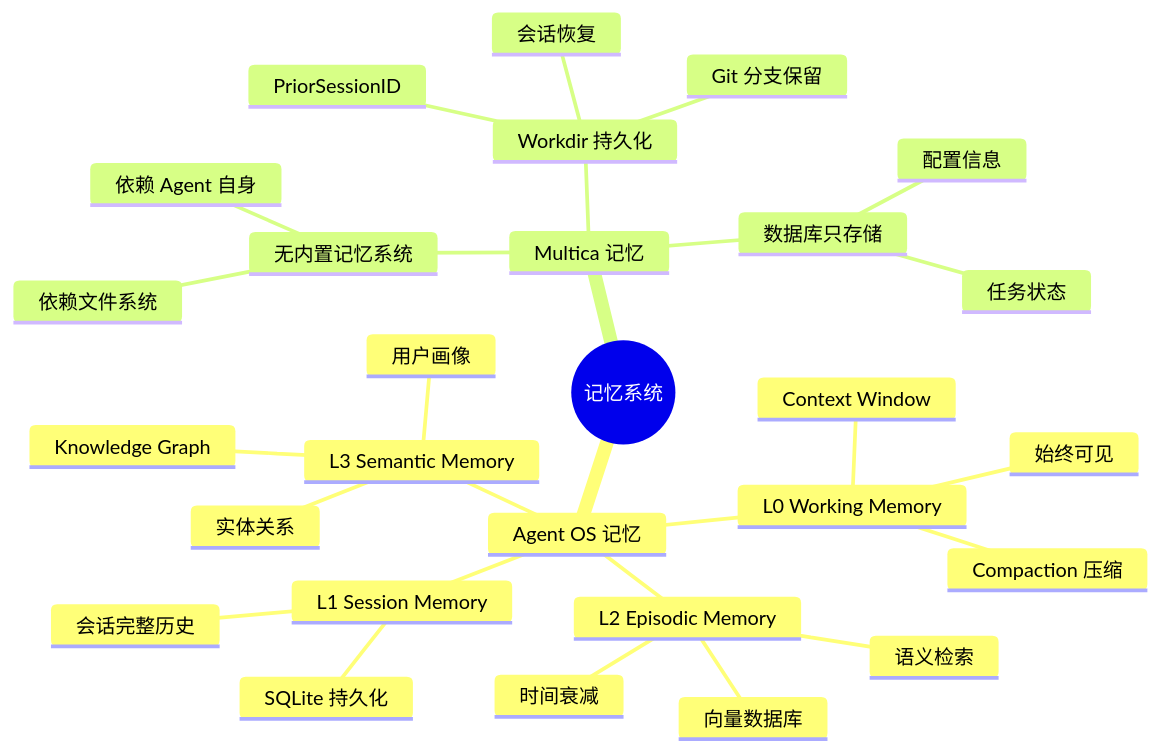
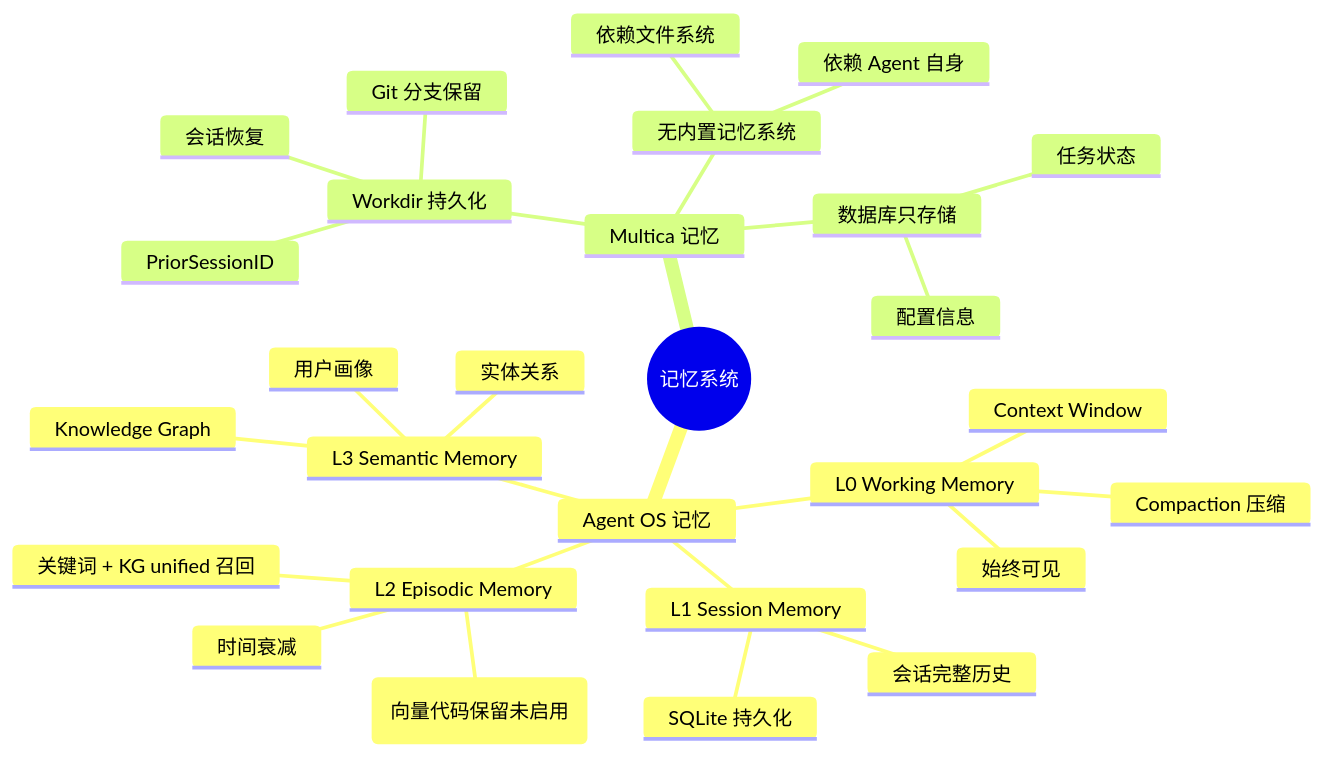
One commit to fiultyy/agent-os-v2 changed the fifth of 6 diagrams in docs/architecture-comparison.md. Above: the diagram before and after it, drawn with Mermaid. The commit also changed other lines of this file and 1 other file, not shown here.

First line of the commit message:
docs: P4 architecture-comparison 主流记忆系统对比 + FAISS 校准 + D-28 agentskills.io

````diff
--- a/docs/architecture-comparison.md
+++ b/docs/architecture-comparison.md
@@ -294,31 +294,31 @@
 ```mermaid
 mindmap
     root((记忆系统))
         Agent OS 记忆
             L0 Working Memory
                 Context Window
                 始终可见
                 Compaction 压缩
             L1 Session Memory
                 SQLite 持久化
                 会话完整历史
             L2 Episodic Memory
-                向量数据库
-                语义检索
+                KG 为主(向量代码保留未启用)
+                关键词 + KG unified 召回
                 时间衰减
             L3 Semantic Memory
                 Knowledge Graph
                 实体关系
                 用户画像
         Multica 记忆
             Workdir 持久化
                 Git 分支保留
                 会话恢复
                 PriorSessionID
             无内置记忆系统
                 依赖 Agent 自身
                 依赖文件系统
             数据库只存储
                 任务状态
                 配置信息
 ```
````
